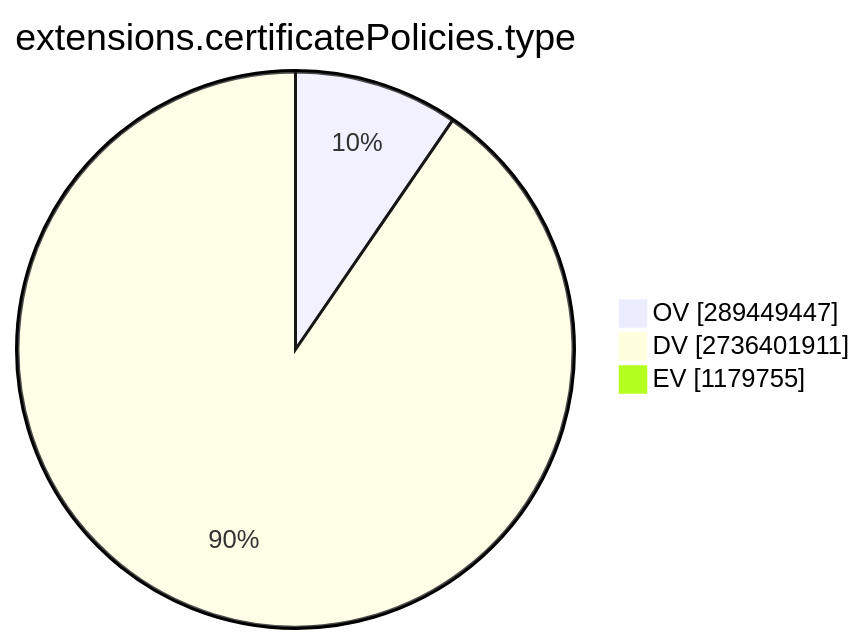
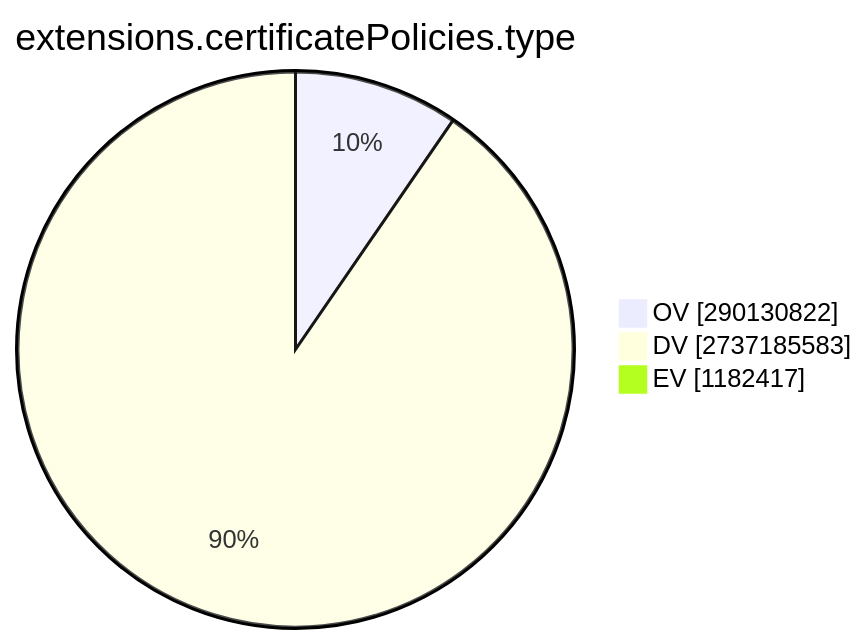
One commit to christiankrug/ctmonitor_visualization changed the ninth of 15 diagrams in TOTAL/README.md. Above: the diagram before and after it, drawn with Mermaid. The commit also changed other lines of this file, not shown here.

````diff
--- a/TOTAL/README.md
+++ b/TOTAL/README.md
@@ -3093,7 +3093,7 @@
 ```mermaid
 pie showData
 title extensions.certificatePolicies.type
-"OV" :289449447
-"DV" :2736401911
-"EV" :1179755
+"OV" :290130822
+"DV" :2737185583
+"EV" :1182417
 ```
````
